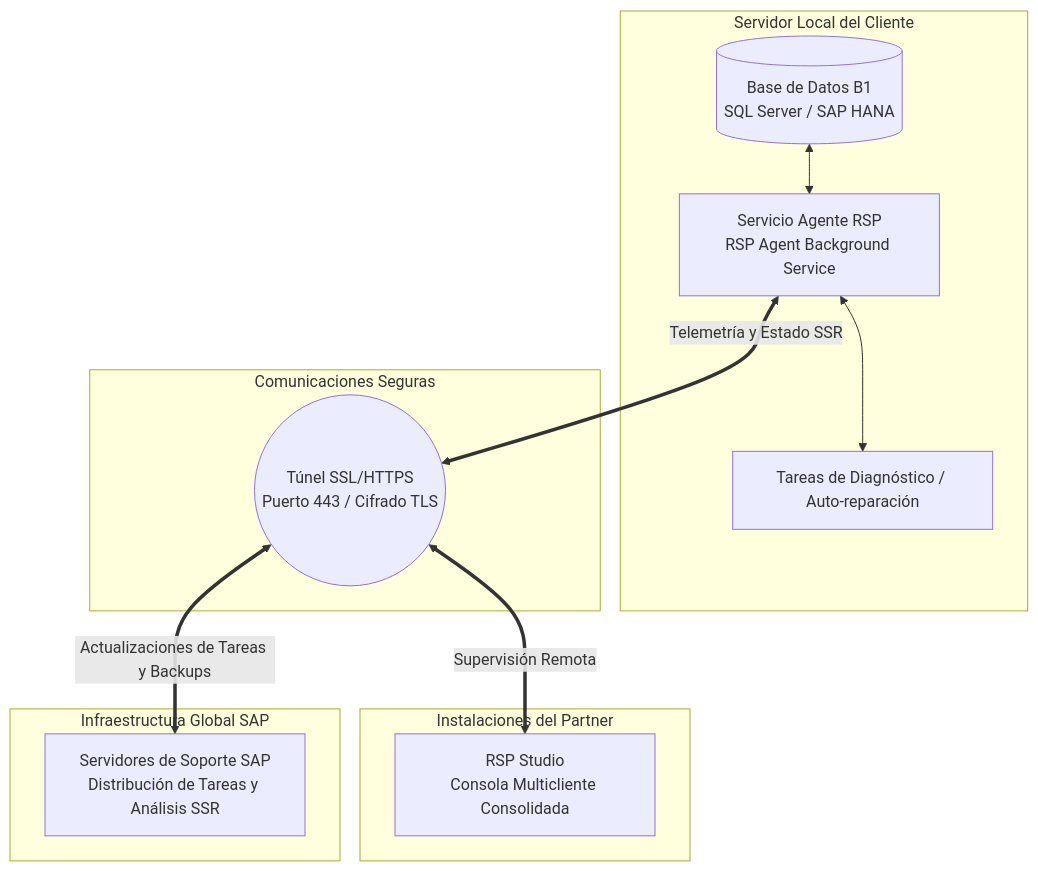
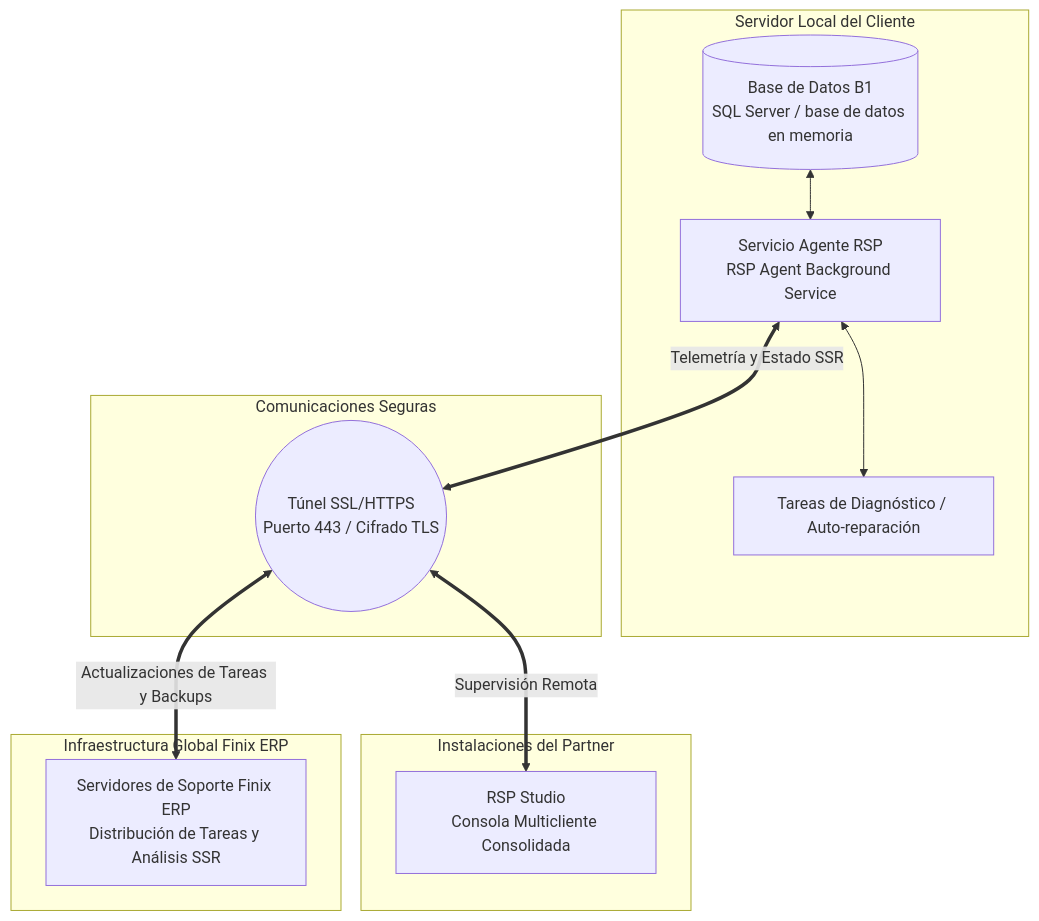
The third of 11 diagrams in public/modulos/Modulo_09.md (pablofgarciaf/B1-ACADEMY), drawn with Mermaid before and after one commit. The commit also changed other lines of this file and 4125 other files, not shown here.

````diff
--- a/public/modulos/Modulo_09.md
+++ b/public/modulos/Modulo_09.md
@@ -106,26 +106,26 @@
 ```mermaid
 graph TB
     subgraph Servidor_del_Cliente["Servidor Local del Cliente"]
-        A[(Base de Datos B1<br/>SQL Server / SAP HANA)]
+        A[(Base de Datos B1<br/>SQL Server / base de datos en memoria)]
         B[Servicio Agente RSP<br/>RSP Agent Background Service]
         C[Tareas de Diagnóstico / Auto-reparación]
         A <--> B
         B <--> C
     end
 
     subgraph Canales_Seguros["Comunicaciones Seguras"]
         D((Túnel SSL/HTTPS<br/>Puerto 443 / Cifrado TLS))
     end
 
     subgraph Ecosistema_Partner["Instalaciones del Partner"]
         E[RSP Studio<br/>Consola Multicliente Consolidada]
     end
 
-    subgraph Nube_SAP["Infraestructura Global SAP"]
-        F[Servidores de Soporte SAP<br/>Distribución de Tareas y Análisis SSR]
+    subgraph Nube_Finix["Infraestructura Global Finix ERP"]
+        F[Servidores de Soporte Finix ERP<br/>Distribución de Tareas y Análisis SSR]
     end
 
     B <==>|Telemetría y Estado SSR| D
     D <==>|Supervisión Remota| E
     D <==>|Actualizaciones de Tareas y Backups| F
 ```
````
